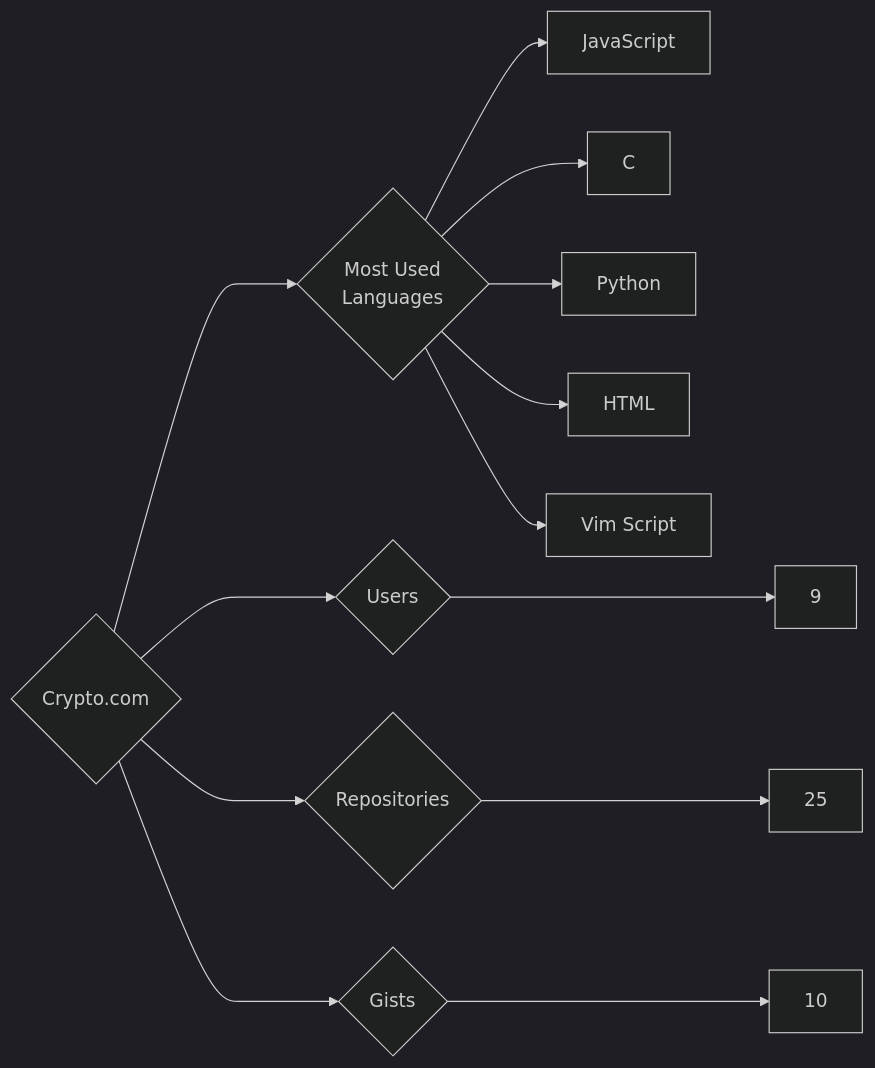
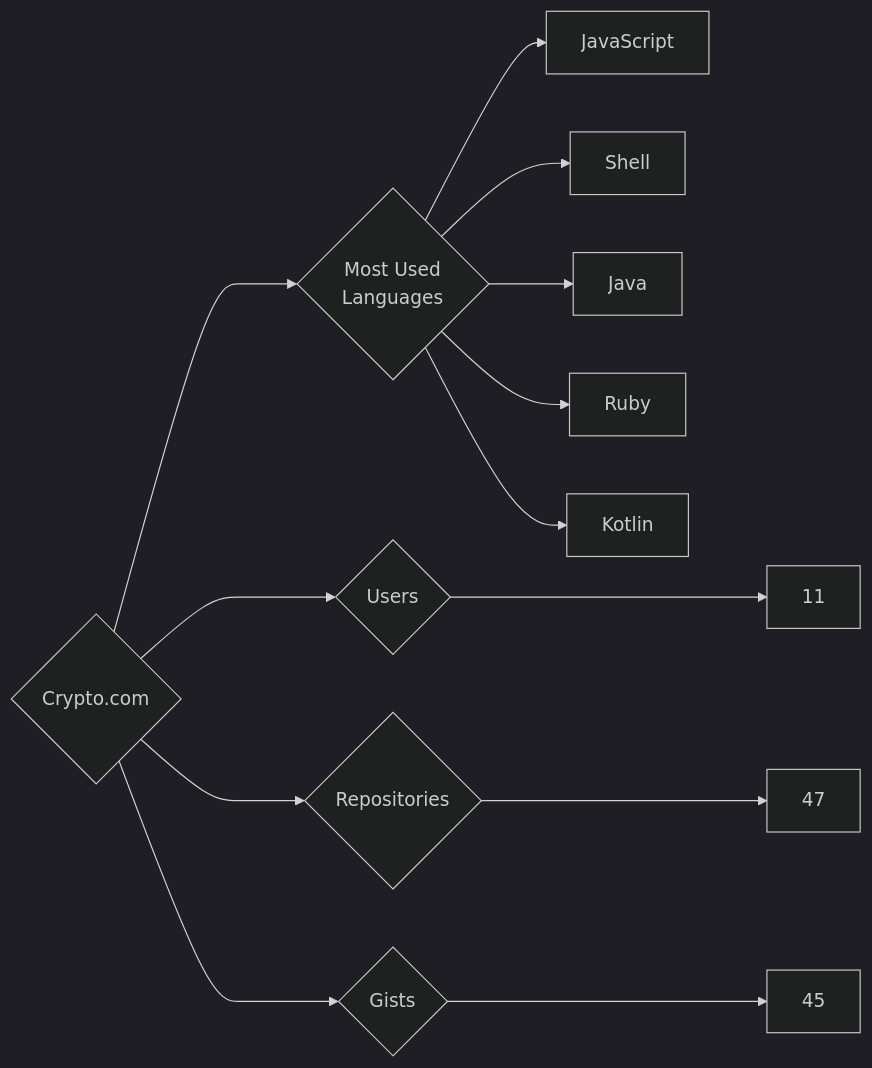
The diagram in targets/Crypto.com/README.md (trickest/insiders), drawn with Mermaid (dark theme) before and after one commit. The commit also changed 880 other files, not shown here.

````diff
--- a/targets/Crypto.com/README.md
+++ b/targets/Crypto.com/README.md
@@ -3,13 +3,13 @@
 ```mermaid
 graph LR
 COMPANY_NAME{Crypto.com}
-COMPANY_NAME ---> U{Users} ---> UN[9]
-COMPANY_NAME ---> R{Repositories} ---> RN[25]
-COMPANY_NAME ---> G{Gists} ---> GN[10]
+COMPANY_NAME ---> U{Users} ---> UN[11]
+COMPANY_NAME ---> R{Repositories} ---> RN[47]
+COMPANY_NAME ---> G{Gists} ---> GN[45]
 COMPANY_NAME ---> ML{Most Used<br>Languages}
 ML --> JavaScript[JavaScript]
-ML --> C[C]
-ML --> Python[Python]
-ML --> HTML[HTML]
-ML --> Vim_Script[Vim Script]
+ML --> Shell[Shell]
+ML --> Java[Java]
+ML --> Ruby[Ruby]
+ML --> Kotlin[Kotlin]
 ```
````
